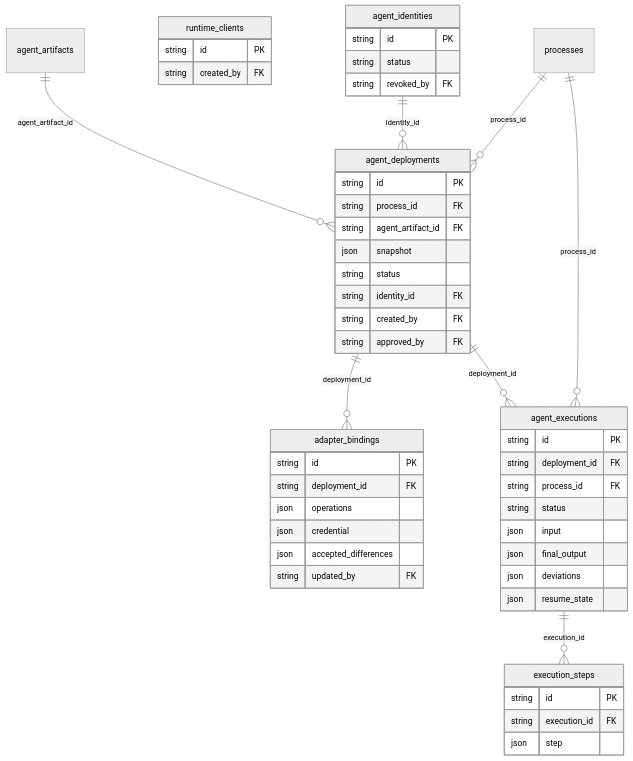
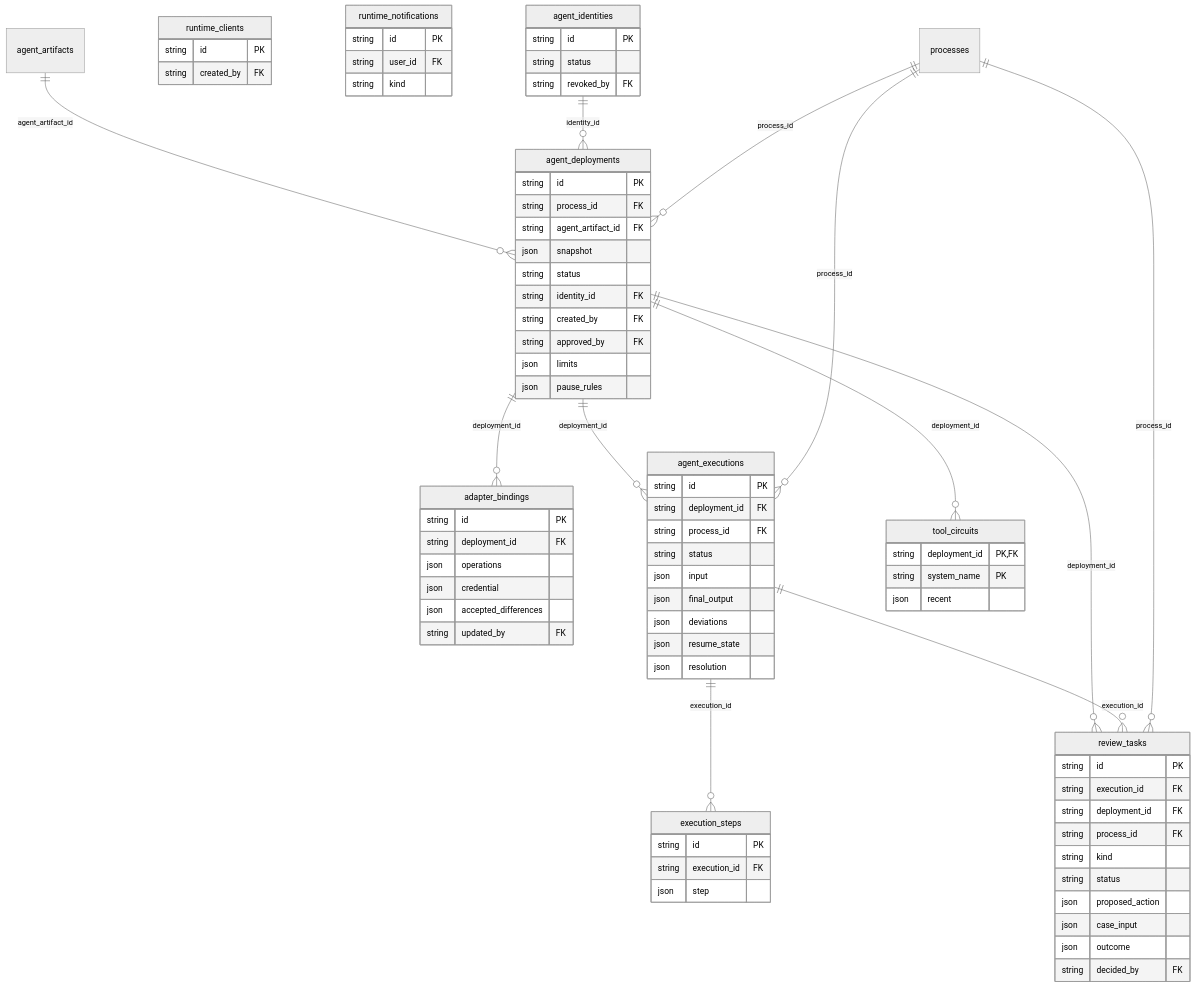
Before and after one commit to jayendukumar/agentify: the seventh of 9 diagrams in docs/wiki/Data-Model.md, drawn with Mermaid (neutral theme). The commit also changed other lines of this file and 40 other files, not shown here.

First line of the commit message:
Build Epic 39 step 3: review inbox, limits, circuit breakers, auto pause

````diff
--- a/docs/wiki/Data-Model.md
+++ b/docs/wiki/Data-Model.md
@@ -533,6 +533,8 @@
         string identity_id FK
         string created_by FK
         string approved_by FK
+        json limits
+        json pause_rules
     }
     adapter_bindings {
         string id PK
@@ -555,11 +557,34 @@
         json final_output
         json deviations
         json resume_state
+        json resolution
     }
     execution_steps {
         string id PK
         string execution_id FK
         json step
+    }
+    review_tasks {
+        string id PK
+        string execution_id FK
+        string deployment_id FK
+        string process_id FK
+        string kind
+        string status
+        json proposed_action
+        json case_input
+        json outcome
+        string decided_by FK
+    }
+    runtime_notifications {
+        string id PK
+        string user_id FK
+        string kind
+    }
+    tool_circuits {
+        string deployment_id PK,FK
+        string system_name PK
+        json recent
     }
     agent_artifacts { }
     processes { }
@@ -570,4 +595,8 @@
     agent_deployments ||--o{ agent_executions : "deployment_id"
     processes ||--o{ agent_executions : "process_id"
     agent_executions ||--o{ execution_steps : "execution_id"
+    agent_deployments ||--o{ review_tasks : "deployment_id"
+    agent_executions ||--o{ review_tasks : "execution_id"
+    processes ||--o{ review_tasks : "process_id"
+    agent_deployments ||--o{ tool_circuits : "deployment_id"
 ```
````
